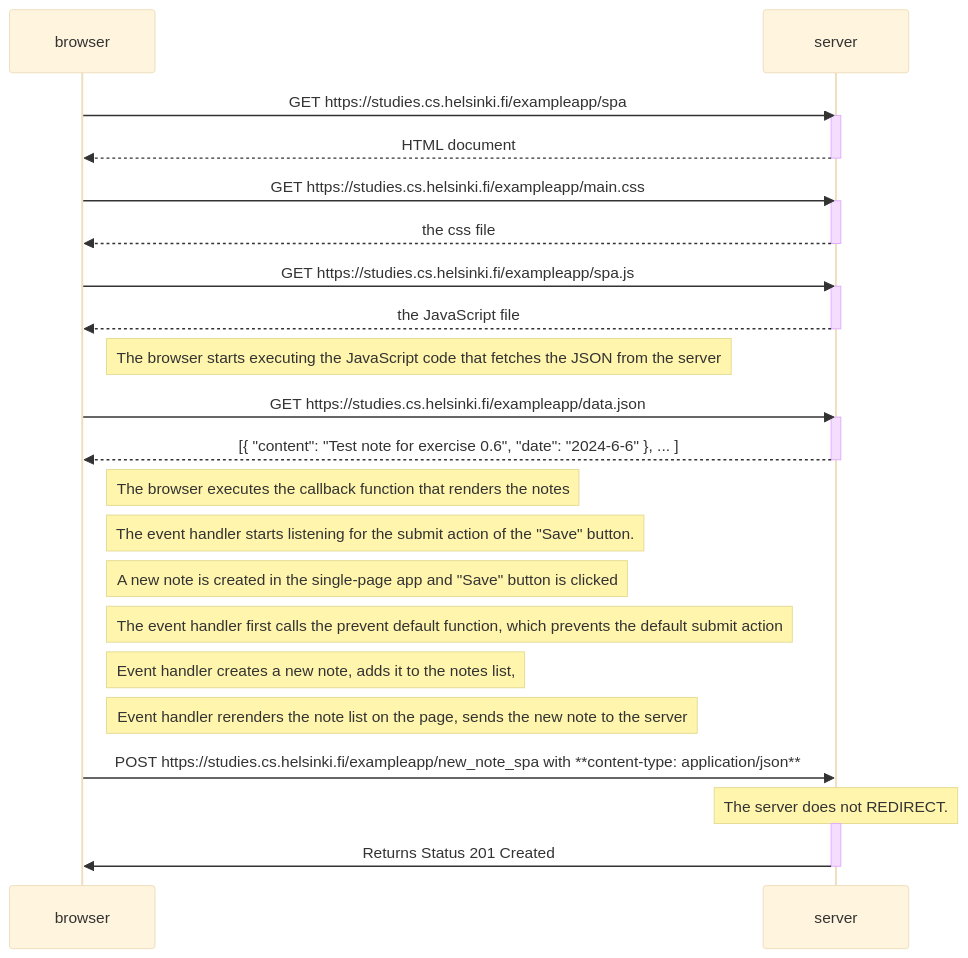
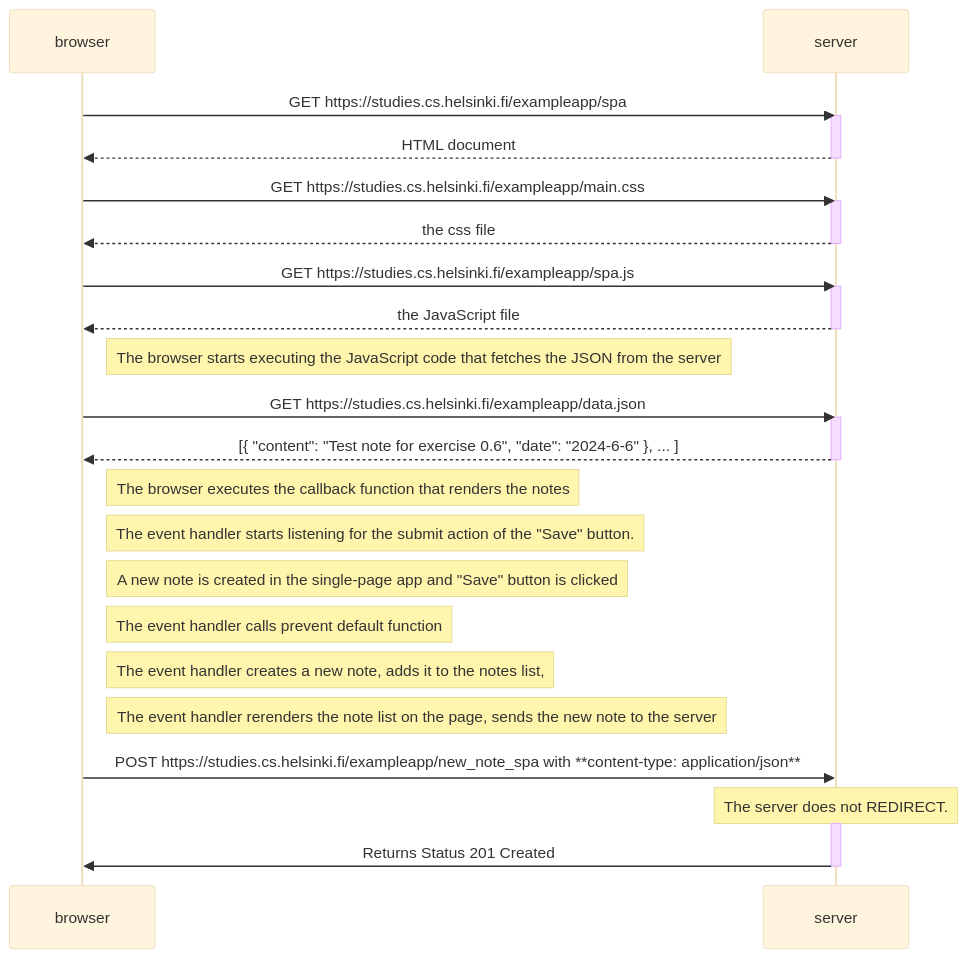
Before and after one commit to obhi1kenobhi/FSO: the diagram in part0/exercise_0_6.md, drawn with Mermaid (base theme).

Commit message:
exercises 0.4, 0.5 and 0.6

````diff
--- a/part0/exercise_0_6.md
+++ b/part0/exercise_0_6.md
@@ -1,43 +1,43 @@
 ```mermaid
     sequenceDiagram
         participant browser
         participant server
     
         browser->>server: GET https://studies.cs.helsinki.fi/exampleapp/spa
         activate server
         server-->>browser: HTML document
         deactivate server
     
         browser->>server: GET https://studies.cs.helsinki.fi/exampleapp/main.css
         activate server
         server-->>browser: the css file
         deactivate server
     
         browser->>server: GET https://studies.cs.helsinki.fi/exampleapp/spa.js
         activate server
         server-->>browser: the JavaScript file
         deactivate server
     
         Note right of browser: The browser starts executing the JavaScript code that fetches the JSON from the server
     
         browser->>server: GET https://studies.cs.helsinki.fi/exampleapp/data.json
         activate server
         server-->>browser: [{ "content": "Test note for exercise 0.6", "date": "2024-6-6" }, ... ]
         deactivate server
 
         Note right of browser: The browser executes the callback function that renders the notes
 
         Note right of browser: The event handler starts listening for the submit action of the "Save" button. 
         Note right of browser: A new note is created in the single-page app and "Save" button is clicked
-        Note right of browser: The event handler first calls the prevent default function, which prevents the default submit action
-        Note right of browser: Event handler creates a new note, adds it to the notes list, 
-        Note right of browser: Event handler rerenders the note list on the page, sends the new note to the server
+        Note right of browser: The event handler calls prevent default function
+        Note right of browser: The event handler creates a new note, adds it to the notes list, 
+        Note right of browser: The event handler rerenders the note list on the page, sends the new note to the server
 
         browser->>server: POST https://studies.cs.helsinki.fi/exampleapp/new_note_spa with **content-type: application/json**
         Note over server: The server does not REDIRECT.
 
         activate server
         server->>browser: Returns Status 201 Created
         deactivate server
        
 ```
````
